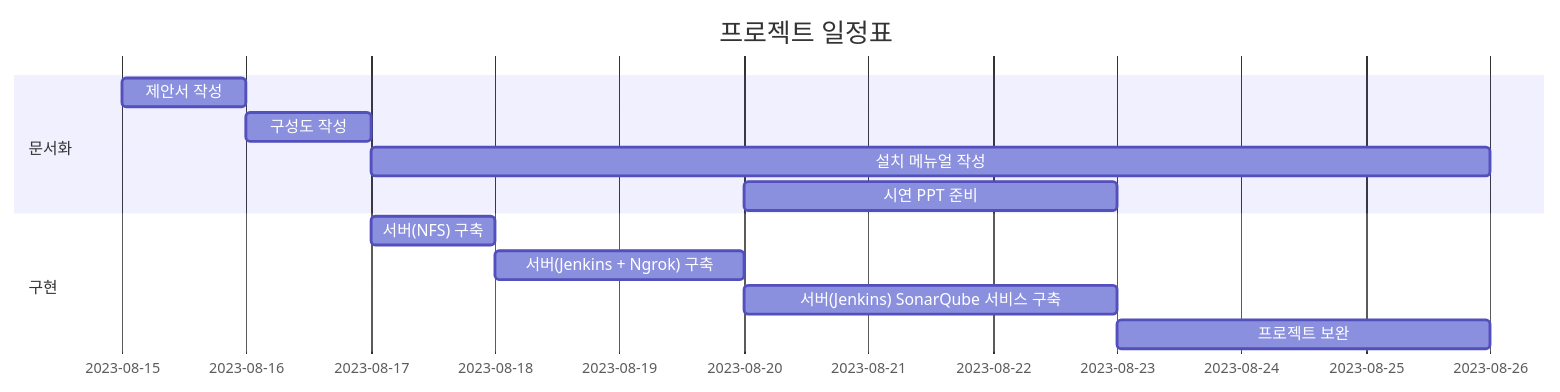
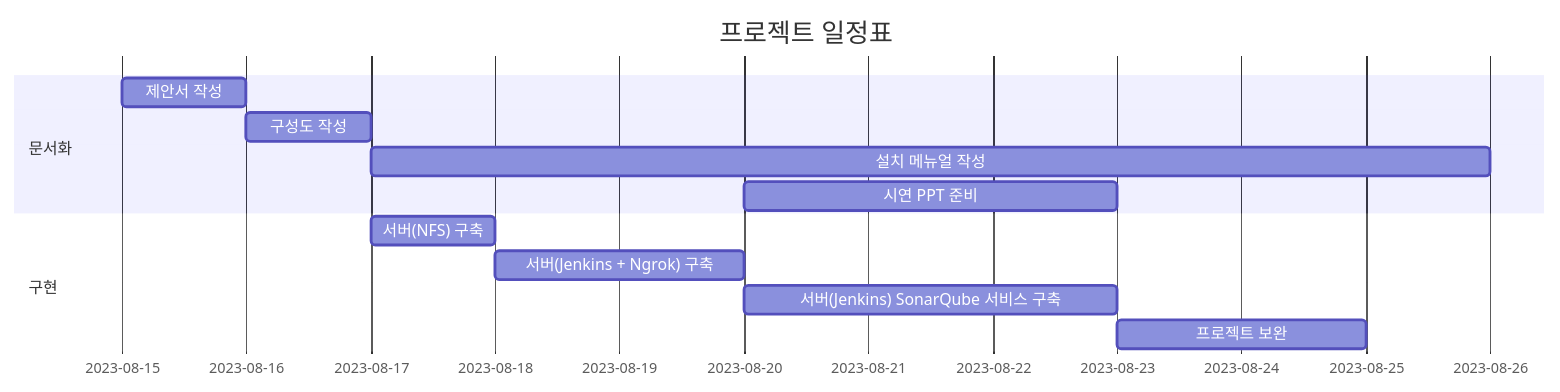
One commit to KimJeongHoon190/First_Project changed the diagram in README.md. Above: the diagram before and after it, drawn with Mermaid.

````diff
--- a/README.md
+++ b/README.md
@@ -3,17 +3,17 @@
 ```mermaid
 gantt
     title 프로젝트 일정표
     dateFormat  YYYY-MM-DD
     section 문서화
     제안서 작성 : a1, 2023-08-15, 1d
     구성도 작성 : after a1, 1d
     설치 메뉴얼 작성 : after a1, 2023-08-17, 9d
     시연 PPT 준비 : after a1, 2023-08-20, 3d
    
 
     section 구현
     서버(NFS) 구축 : b1, 2023-08-17, 1d
     서버(Jenkins + Ngrok) 구축 : after b1, 2d
     서버(Jenkins) SonarQube 서비스 구축 : b3, 2023-08-20, 3d
-    프로젝트 보완 : after b3, 3d
+    프로젝트 보완 : after b3, 2d
 ```
````
